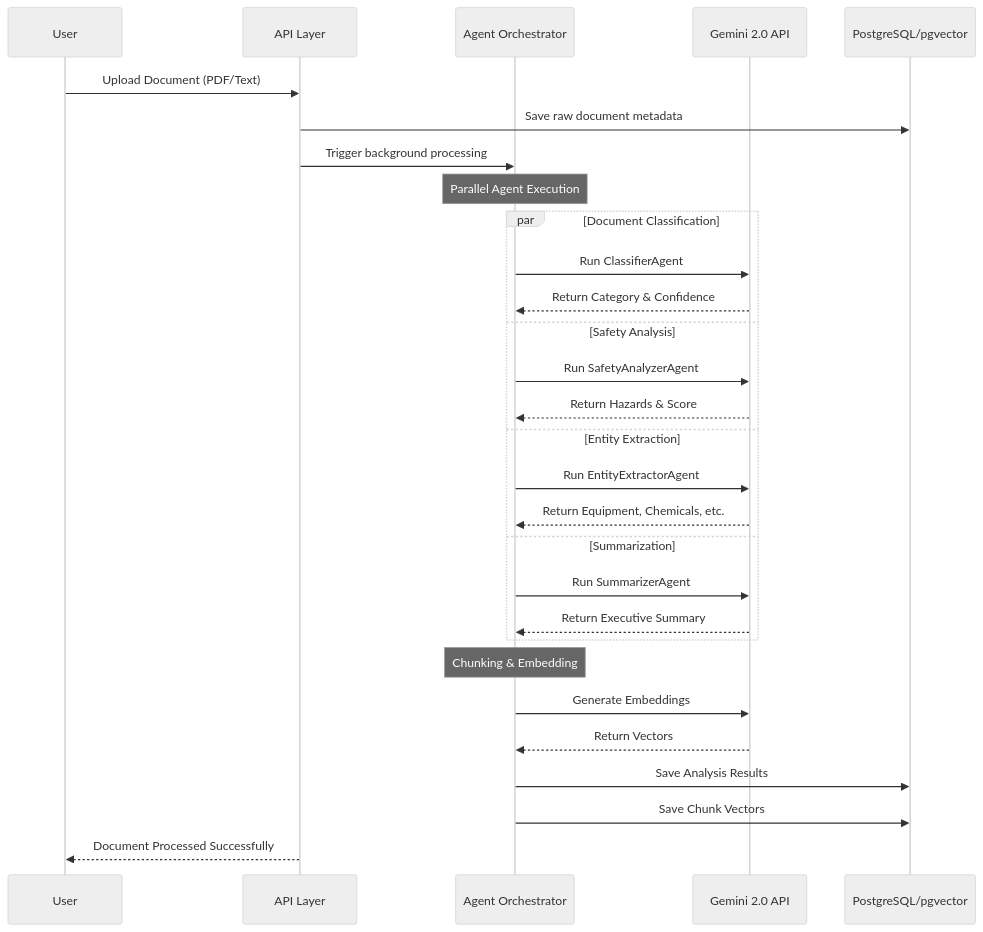
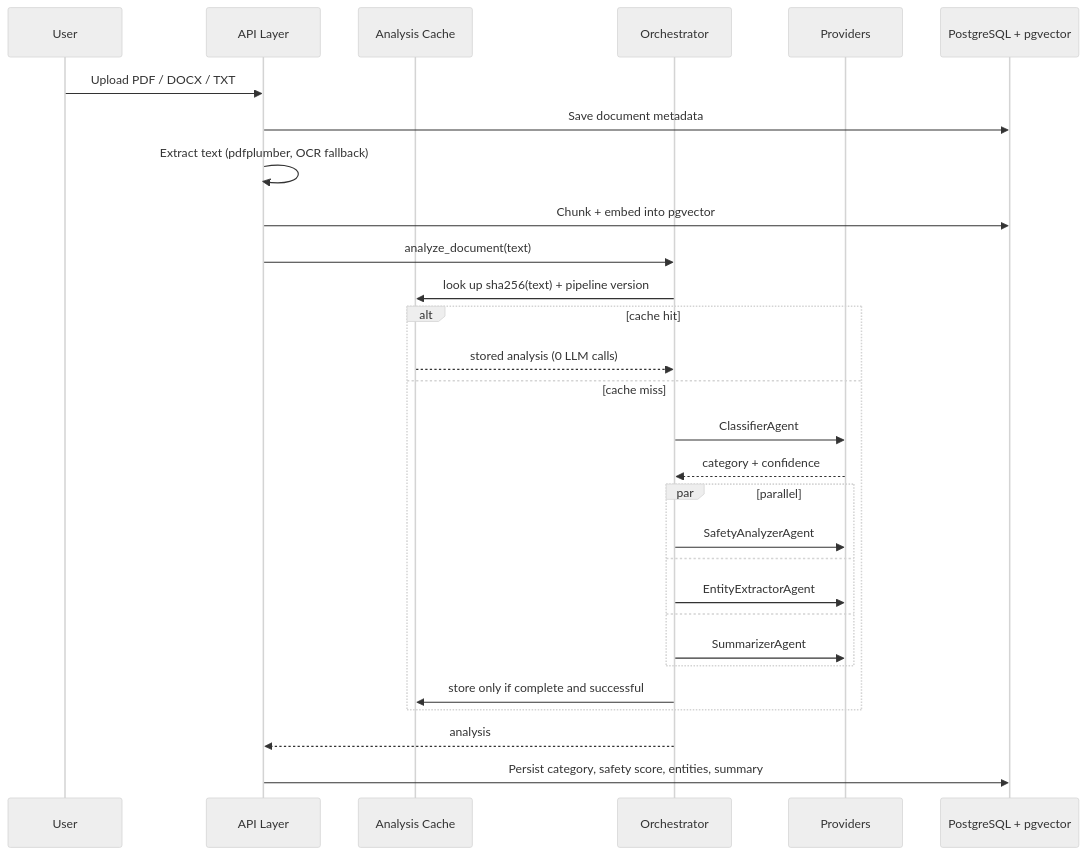
One commit to Iammilansoni/MiningNiti changed the second of 3 diagrams in ARCHITECTURE.md. Above: the diagram before and after it, drawn with Mermaid (neutral theme). The commit also changed other lines of this file and 25 other files, not shown here.

````diff
--- a/ARCHITECTURE.md
+++ b/ARCHITECTURE.md
@@ -64,38 +86,34 @@
 ```mermaid
 sequenceDiagram
     participant User
-    participant App as API Layer
-    participant Orch as Agent Orchestrator
-    participant Gemini as Gemini 2.0 API
-    participant DB as PostgreSQL/pgvector
+    participant API as API Layer
+    participant Cache as Analysis Cache
+    participant Orch as Orchestrator
+    participant LLM as Providers
+    participant DB as PostgreSQL + pgvector
 
-    User->>App: Upload Document (PDF/Text)
-    App->>DB: Save raw document metadata
-    App->>Orch: Trigger background processing
-    
-    Note over Orch: Parallel Agent Execution
-    
-    par Document Classification
-        Orch->>Gemini: Run ClassifierAgent
-        Gemini-->>Orch: Return Category & Confidence
-    and Safety Analysis
-        Orch->>Gemini: Run SafetyAnalyzerAgent
-        Gemini-->>Orch: Return Hazards & Score
-    and Entity Extraction
-        Orch->>Gemini: Run EntityExtractorAgent
-        Gemini-->>Orch: Return Equipment, Chemicals, etc.
-    and Summarization
-        Orch->>Gemini: Run SummarizerAgent
-        Gemini-->>Orch: Return Executive Summary
+    User->>API: Upload PDF / DOCX / TXT
+    API->>DB: Save document metadata
+    API->>API: Extract text (pdfplumber, OCR fallback)
+    API->>DB: Chunk + embed into pgvector
+
+    API->>Orch: analyze_document(text)
+    Orch->>Cache: look up sha256(text) + pipeline version
+    alt cache hit
+        Cache-->>Orch: stored analysis (0 LLM calls)
+    else cache miss
+        Orch->>LLM: ClassifierAgent
+        LLM-->>Orch: category + confidence
+        par parallel
+            Orch->>LLM: SafetyAnalyzerAgent
+        and
+            Orch->>LLM: EntityExtractorAgent
+        and
+            Orch->>LLM: SummarizerAgent
+        end
+        Orch->>Cache: store only if complete and successful
     end
-    
-    Note over Orch: Chunking & Embedding
-    
-    Orch->>Gemini: Generate Embeddings
-    Gemini-->>Orch: Return Vectors
-    
-    Orch->>DB: Save Analysis Results
-    Orch->>DB: Save Chunk Vectors
-    
-    App-->>User: Document Processed Successfully
+
+    Orch-->>API: analysis
+    API->>DB: Persist category, safety score, entities, summary
 ```
````
